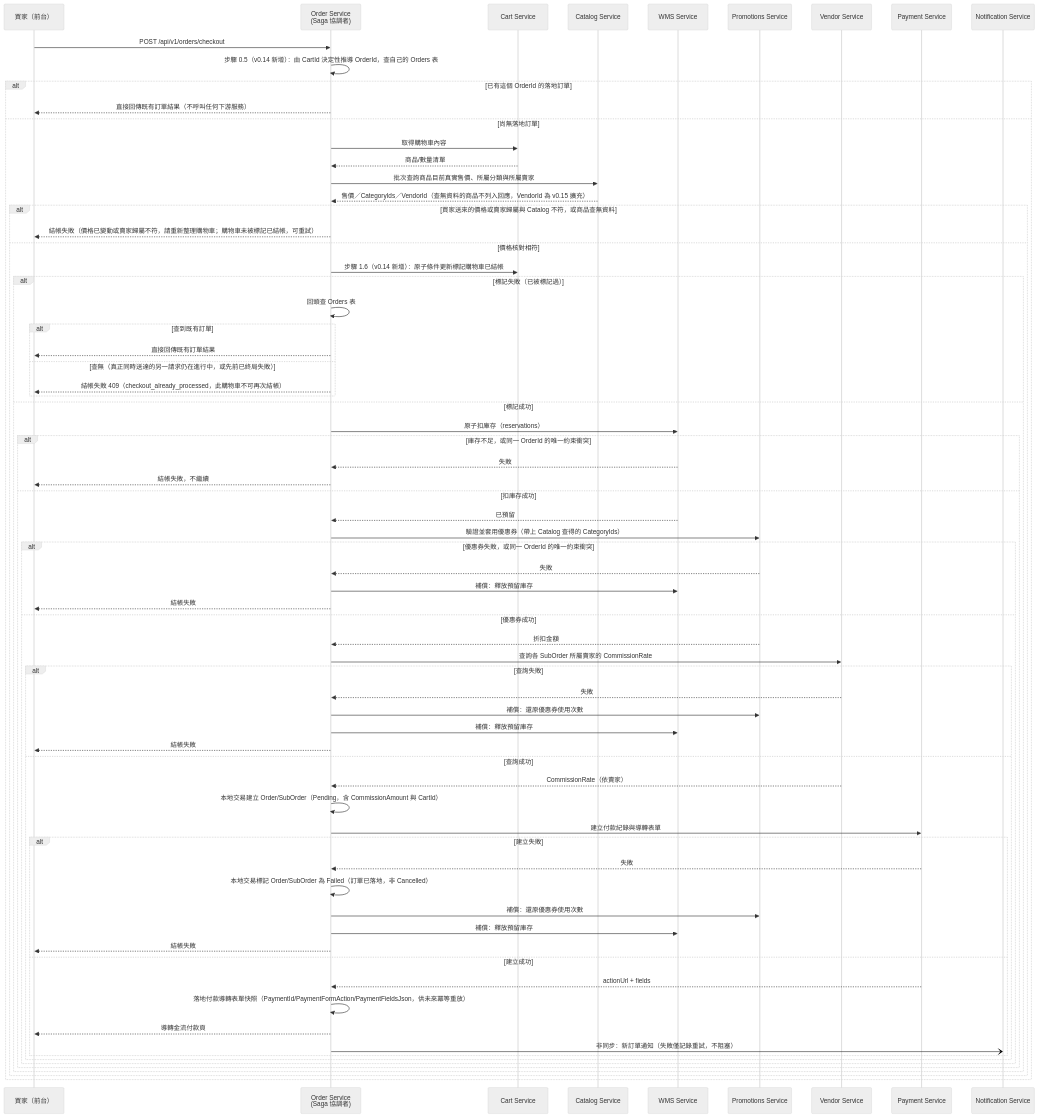
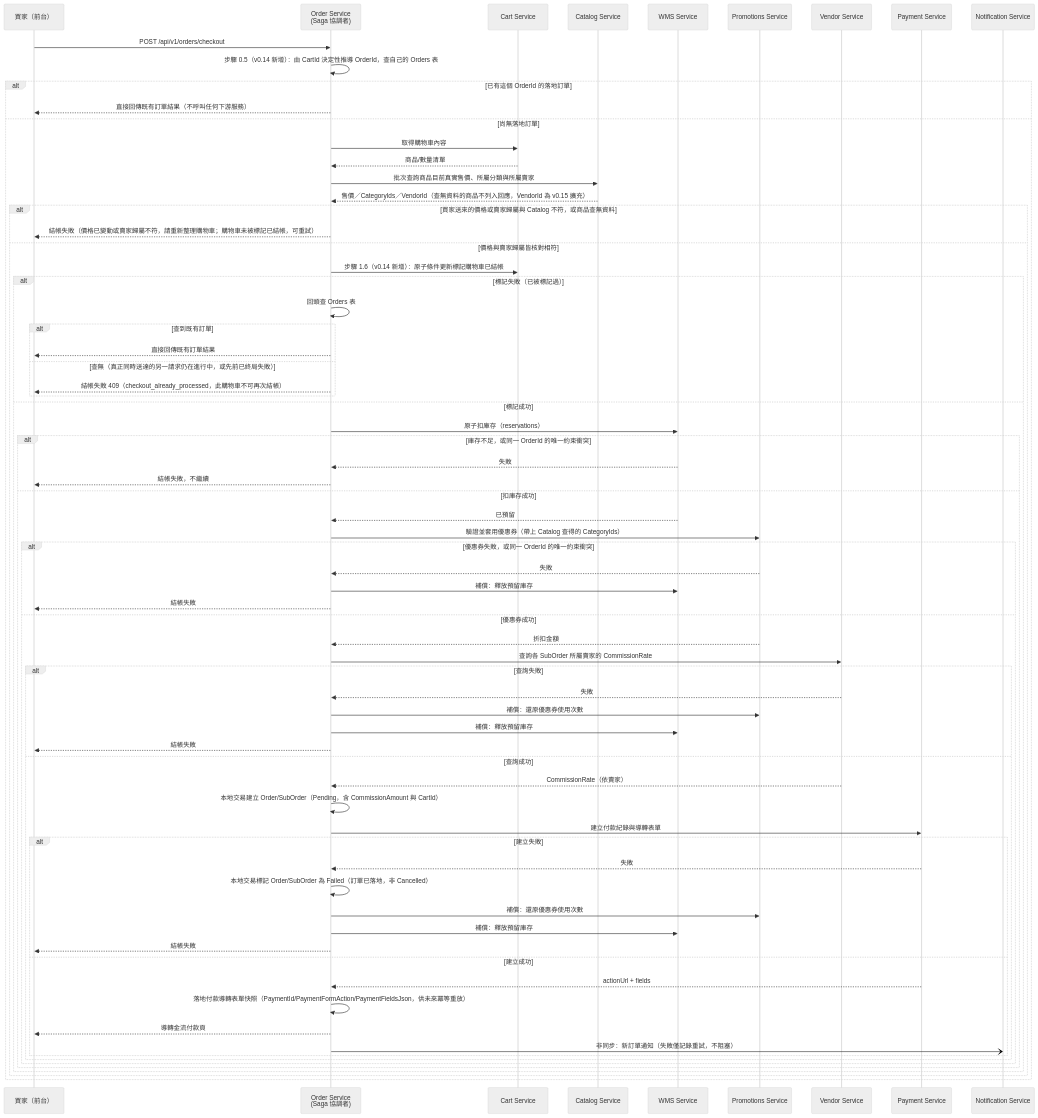
One commit to roycecole/suxo-shop-spec changed the second of 2 diagrams in docs/17-service-order.md. Above: the diagram before and after it, drawn with Mermaid (neutral theme).

Commit message:
docs: 修正 17-service-order.md 循序圖 else 分支標籤仍只提價格，未提賣家歸屬
上一筆提交（89d1537）把 alt 條件與失敗訊息改成「價格或賣家歸屬不符」，但對應的 else 分支
標籤漏改，仍寫「價格核對相符」，與同一個 alt/else 區塊的條件敘述不一致。

````diff
--- a/docs/17-service-order.md
+++ b/docs/17-service-order.md
@@ -127,75 +127,75 @@
 ```mermaid
 sequenceDiagram
     participant Buyer as 買家（前台）
     participant Order as Order Service<br/>(Saga 協調者)
     participant Cart as Cart Service
     participant Catalog as Catalog Service
     participant WMS as WMS Service
     participant Promo as Promotions Service
     participant Vendor as Vendor Service
     participant Pay as Payment Service
     participant Noti as Notification Service
 
     Buyer->>Order: POST /api/v1/orders/checkout
     Order->>Order: 步驟 0.5（v0.14 新增）：由 CartId 決定性推導 OrderId，查自己的 Orders 表
     alt 已有這個 OrderId 的落地訂單
         Order-->>Buyer: 直接回傳既有訂單結果（不呼叫任何下游服務）
     else 尚無落地訂單
         Order->>Cart: 取得購物車內容
         Cart-->>Order: 商品/數量清單
         Order->>Catalog: 批次查詢商品目前真實售價、所屬分類與所屬賣家
         Catalog-->>Order: 售價／CategoryIds／VendorId（查無資料的商品不列入回應，VendorId 為 v0.15 擴充）
         alt 買家送來的價格或賣家歸屬與 Catalog 不符，或商品查無資料
             Order-->>Buyer: 結帳失敗（價格已變動或賣家歸屬不符，請重新整理購物車；購物車未被標記已結帳，可重試）
-        else 價格核對相符
+        else 價格與賣家歸屬皆核對相符
             Order->>Cart: 步驟 1.6（v0.14 新增）：原子條件更新標記購物車已結帳
             alt 標記失敗（已被標記過）
                 Order->>Order: 回頭查 Orders 表
                 alt 查到既有訂單
                     Order-->>Buyer: 直接回傳既有訂單結果
                 else 查無（真正同時送達的另一請求仍在進行中，或先前已終局失敗）
                     Order-->>Buyer: 結帳失敗 409（checkout_already_processed，此購物車不可再次結帳）
                 end
             else 標記成功
                 Order->>WMS: 原子扣庫存（reservations）
                 alt 庫存不足，或同一 OrderId 的唯一約束衝突
                     WMS-->>Order: 失敗
                     Order-->>Buyer: 結帳失敗，不繼續
                 else 扣庫存成功
                     WMS-->>Order: 已預留
                     Order->>Promo: 驗證並套用優惠券（帶上 Catalog 查得的 CategoryIds）
                     alt 優惠券失敗，或同一 OrderId 的唯一約束衝突
                         Promo-->>Order: 失敗
                         Order->>WMS: 補償：釋放預留庫存
                         Order-->>Buyer: 結帳失敗
                     else 優惠券成功
                         Promo-->>Order: 折扣金額
                         Order->>Vendor: 查詢各 SubOrder 所屬賣家的 CommissionRate
                         alt 查詢失敗
                             Vendor-->>Order: 失敗
                             Order->>Promo: 補償：還原優惠券使用次數
                             Order->>WMS: 補償：釋放預留庫存
                             Order-->>Buyer: 結帳失敗
                         else 查詢成功
                             Vendor-->>Order: CommissionRate（依賣家）
                             Order->>Order: 本地交易建立 Order/SubOrder（Pending，含 CommissionAmount 與 CartId）
                             Order->>Pay: 建立付款紀錄與導轉表單
                             alt 建立失敗
                                 Pay-->>Order: 失敗
                                 Order->>Order: 本地交易標記 Order/SubOrder 為 Failed（訂單已落地，非 Cancelled）
                                 Order->>Promo: 補償：還原優惠券使用次數
                                 Order->>WMS: 補償：釋放預留庫存
                                 Order-->>Buyer: 結帳失敗
                             else 建立成功
                                 Pay-->>Order: actionUrl + fields
                                 Order->>Order: 落地付款導轉表單快照（PaymentId/PaymentFormAction/PaymentFieldsJson，供未來冪等重放）
                                 Order-->>Buyer: 導轉金流付款頁
                                 Order-)Noti: 非同步：新訂單通知（失敗僅記錄重試，不阻塞）
                             end
                         end
                     end
                 end
             end
         end
     end
 ```
````
